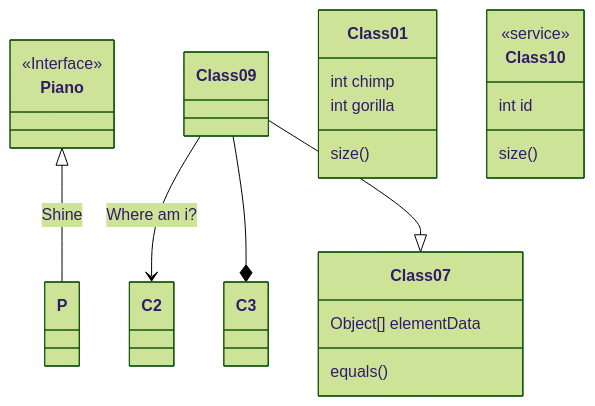
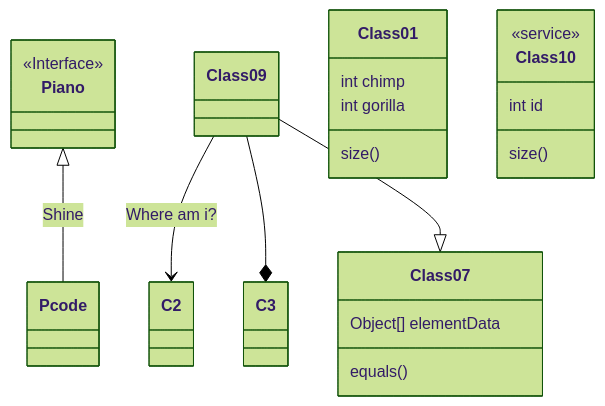
Before and after one commit to junthimapianopromwang/CheckNamesys: the diagram in README.md, drawn with Mermaid (forest theme).

````diff
--- a/README.md
+++ b/README.md
@@ -16,19 +16,19 @@
 ```mermaid
 classDiagram
-Piano <|-- P: Shine
+Piano <|-- Pcode: Shine
 <<Interface>> Piano
 Class09 --> C2 : Where am i?
 Class09 --* C3
 Class09 --|> Class07
 Class07 : equals()
 Class07 : Object[] elementData
 Class01 : size()
 Class01 : int chimp
 Class01 : int gorilla
 class Class10 {
   <<service>>
   int id
   size()
 }
 
 ```
````
